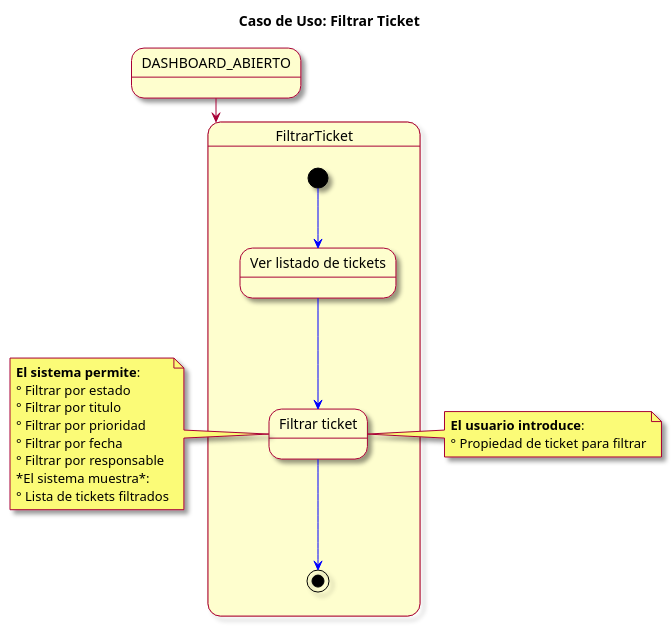
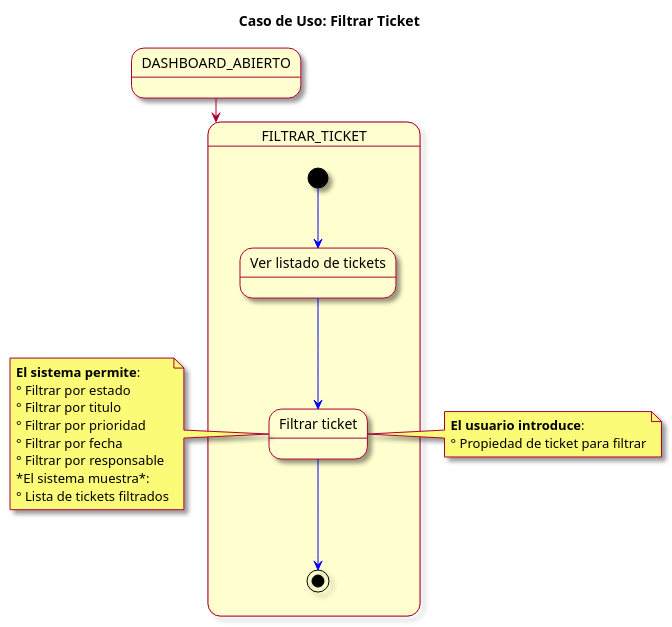
The diagram in modelosUML/CasosDeUsos/CasosDetallados/FiltrarTicket.puml (mmasias/23-24-IdSw1-SDR), drawn with PlantUML before and after one commit. The commit also changed 2 other files, not shown here.

```diff
--- a/modelosUML/CasosDeUsos/CasosDetallados/FiltrarTicket.puml
+++ b/modelosUML/CasosDeUsos/CasosDetallados/FiltrarTicket.puml
@@ -1,34 +1,34 @@
  @startuml
 skin rose
 title Caso de Uso: Filtrar Ticket
 
 state DASHBOARD_ABIERTO
-DASHBOARD_ABIERTO --> FiltrarTicket
+DASHBOARD_ABIERTO --> FILTRAR_TICKET
 
-state FiltrarTicket {
+state FILTRAR_TICKET {
 
   [*] -[#blue]-> verlistadoTickets
   state "Ver listado de tickets" as verlistadoTickets
   verlistadoTickets -[#blue]-> confirmarFiltrado
   state "Filtrar ticket" as confirmarFiltrado
   confirmarFiltrado -[#blue]-> [*]
     
 }
 
 note left of confirmarFiltrado
   **El sistema permite**:
   ° Filtrar por estado
   ° Filtrar por titulo
   ° Filtrar por prioridad
   ° Filtrar por fecha
   ° Filtrar por responsable
   *El sistema muestra*: 
   ° Lista de tickets filtrados
 end note
 
 note right of confirmarFiltrado
   **El usuario introduce**:
   ° Propiedad de ticket para filtrar
 end note
 
 @enduml
```
